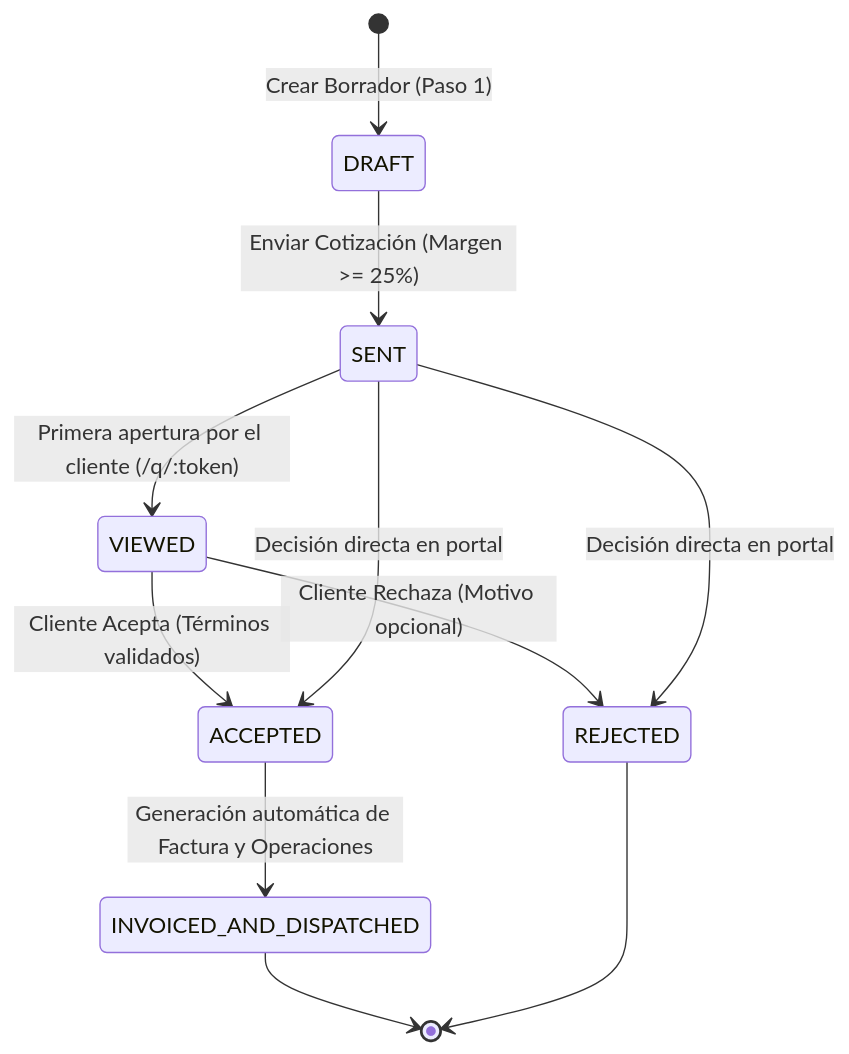
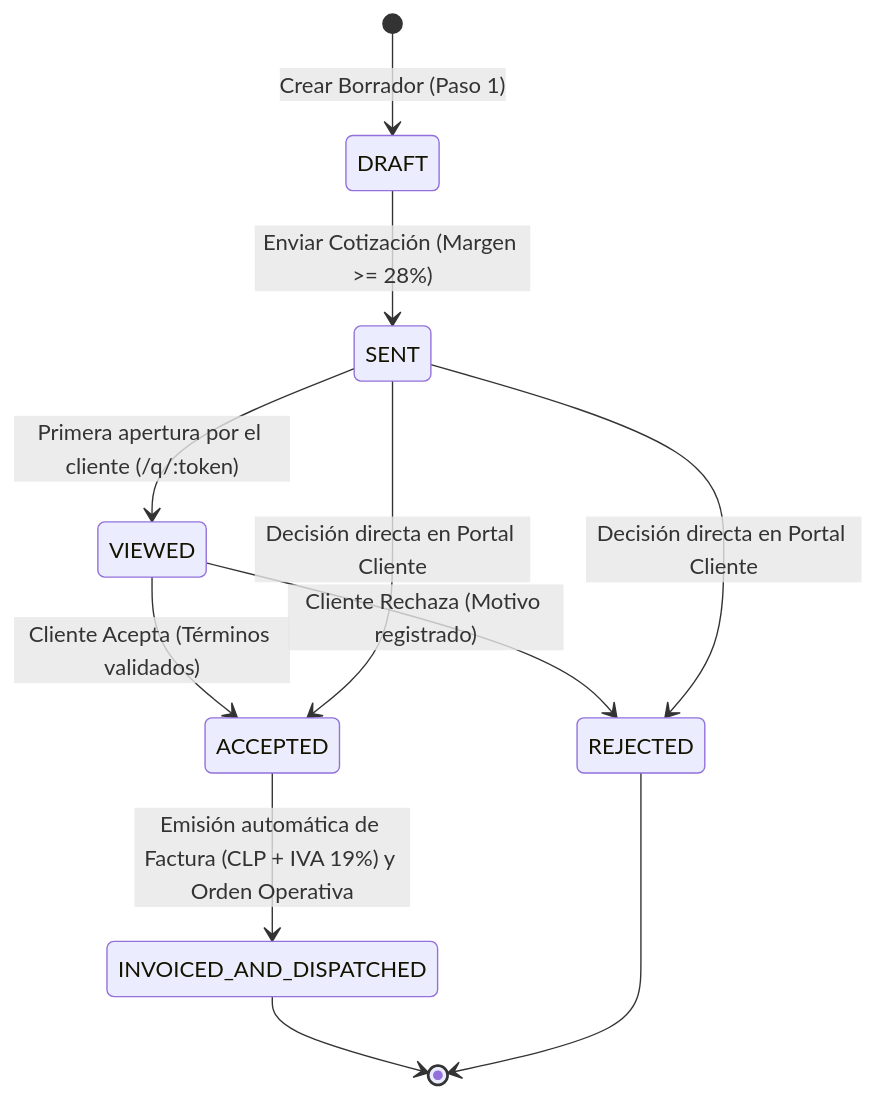
The second of 6 diagrams in README.md (D-Araya/Cotizador_), drawn with Mermaid before and after one commit. The commit also changed other lines of this file and 4 other files, not shown here.

````diff
--- a/README.md
+++ b/README.md
@@ -249,13 +252,13 @@
 ```mermaid
 stateDiagram-v2
     [*] --> DRAFT : Crear Borrador (Paso 1)
-    DRAFT --> SENT : Enviar Cotización (Margen >= 25%)
+    DRAFT --> SENT : Enviar Cotización (Margen >= 28%)
     SENT --> VIEWED : Primera apertura por el cliente (/q/:token)
     VIEWED --> ACCEPTED : Cliente Acepta (Términos validados)
-    VIEWED --> REJECTED : Cliente Rechaza (Motivo opcional)
-    SENT --> ACCEPTED : Decisión directa en portal
-    SENT --> REJECTED : Decisión directa en portal
-    ACCEPTED --> INVOICED_AND_DISPATCHED : Generación automática de Factura y Operaciones
+    VIEWED --> REJECTED : Cliente Rechaza (Motivo registrado)
+    SENT --> ACCEPTED : Decisión directa en Portal Cliente
+    SENT --> REJECTED : Decisión directa en Portal Cliente
+    ACCEPTED --> INVOICED_AND_DISPATCHED : Emisión automática de Factura (CLP + IVA 19%) y Orden Operativa
     INVOICED_AND_DISPATCHED --> [*]
     REJECTED --> [*]
 ```
````
